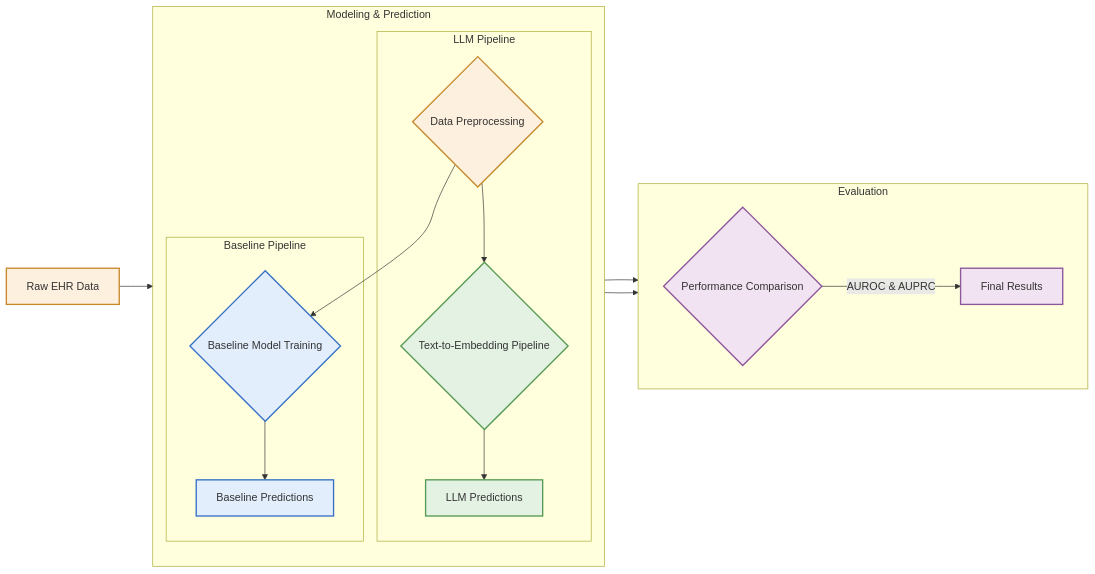
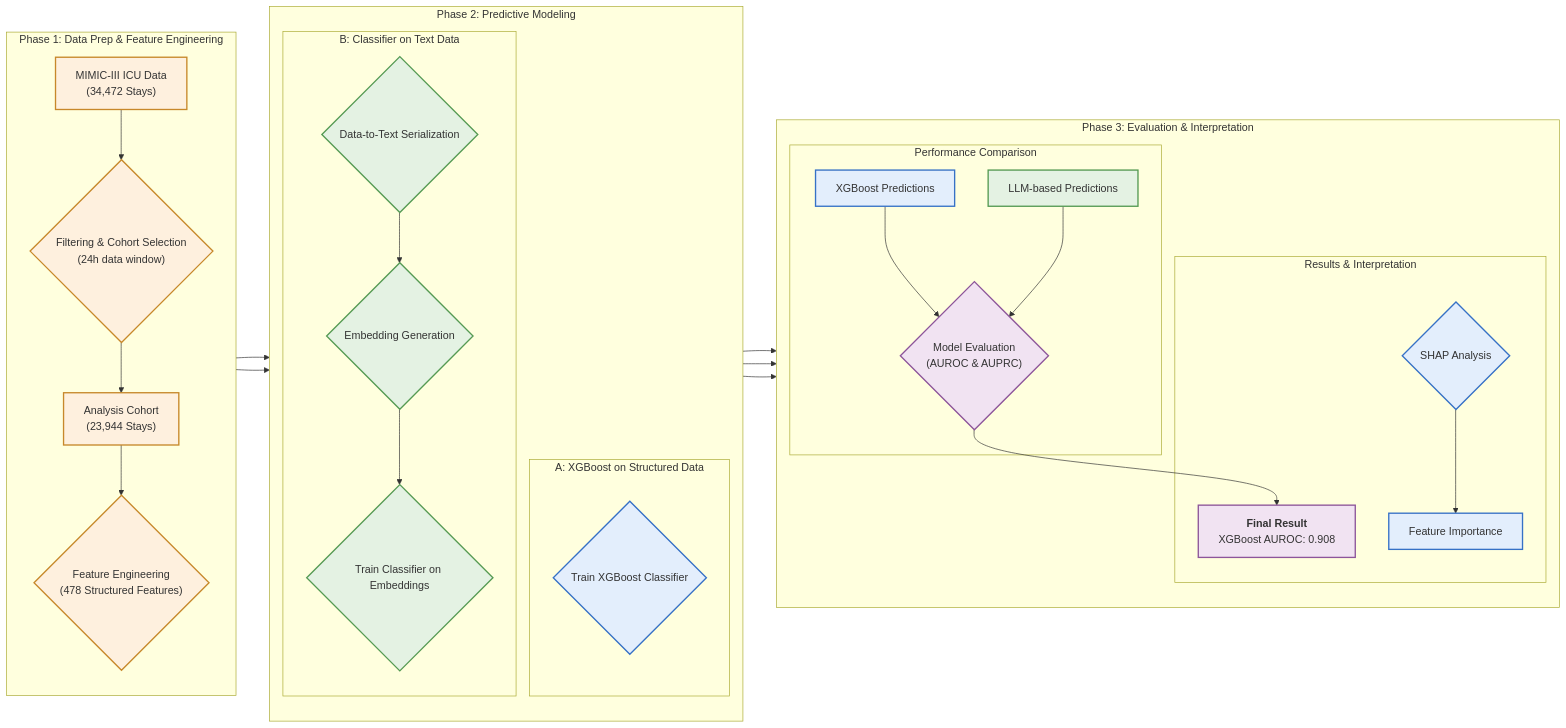
Before and after one commit to Tensor-Lab-for-Computational-Medicine/EHR-Embeddings: the diagram in manuscript_figures/workflow_diagram.md, drawn with Mermaid.

````diff
--- a/manuscript_figures/workflow_diagram.md
+++ b/manuscript_figures/workflow_diagram.md
@@ -7,38 +7,50 @@
 ```mermaid
 graph LR
-    %% Data Input
-    A[Raw EHR Data] --> B{Data Preprocessing};
+    %% Phase 1: Data Preparation & Feature Engineering
+    subgraph "Phase 1: Data Prep & Feature Engineering"
+        direction TB
+        A["MIMIC-III ICU Data<br>(34,472 Stays)"] --> B{"Filtering & Cohort Selection<br>(24h data window)"};
+        B --> C["Analysis Cohort<br>(23,944 Stays)"];
+        C --> D{"Feature Engineering<br>(478 Structured Features)"};
+    end
 
-    %% Modeling Pipelines
-    subgraph "Modeling & Prediction"
+    %% Phase 2: Modeling Pipelines
+    subgraph "Phase 2: Predictive Modeling"
         direction TB
-        
-        subgraph "LLM Pipeline"
-            B --> C{Text-to-Embedding Pipeline};
-            C --> D[LLM Predictions];
+        subgraph "A: XGBoost on Structured Data"
+            D --> E{"Train XGBoost Classifier"};
         end
 
-        subgraph "Baseline Pipeline"
-            B --> E{Baseline Model Training};
-            E --> F[Baseline Predictions];
+        subgraph "B: Classifier on Text Data"
+            D --> F{Data-to-Text Serialization};
+            F --> G{Embedding Generation};
+            G --> H{"Train Classifier on Embeddings"};
         end
     end
 
-    %% Evaluation
-    subgraph "Evaluation"
-        direction LR
-        D & F --> G{Performance Comparison};
-        G -- AUROC & AUPRC --> H[Final Results];
+    %% Phase 3: Evaluation & Interpretation
+    subgraph "Phase 3: Evaluation & Interpretation"
+        direction TB
+        subgraph "Performance Comparison"
+            E --> I[XGBoost Predictions];
+            H --> J[LLM-based Predictions];
+            I & J --> K{"Model Evaluation<br>(AUROC & AUPRC)"};
+        end
+        subgraph "Results & Interpretation"
+            K --> L["<b>Final Result</b><br>XGBoost AUROC: 0.908"];
+            E --> M{"SHAP Analysis"};
+            M --> N[Feature Importance];
+        end
     end
 
     %% Styling
     classDef data fill:#fef0de,stroke:#c7882a,stroke-width:2px;
+    classDef model fill:#e3eefc,stroke:#3671c6,stroke-width:2px;
     classDef llm fill:#e4f2e3,stroke:#559a53,stroke-width:2px;
-    classDef baseline fill:#e3eefc,stroke:#3671c6,stroke-width:2px;
     classDef eval fill:#f1e3f2,stroke:#8d559a,stroke-width:2px;
 
-    class A,B data;
-    class C,D llm;
-    class E,F baseline;
-    class G,H eval;
+    class A,B,C,D data;
+    class E,I,M,N model;
+    class F,G,H,J llm;
+    class K,L eval;
 ```
````
